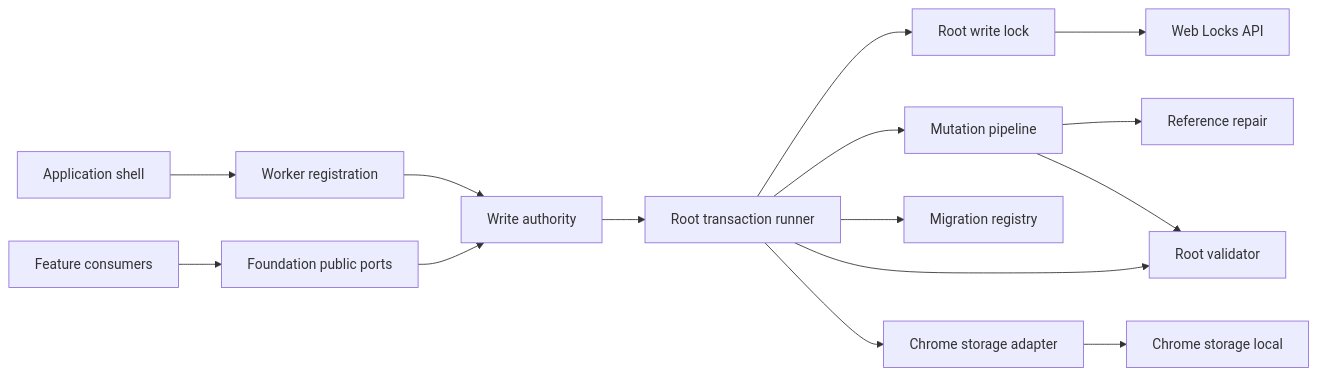
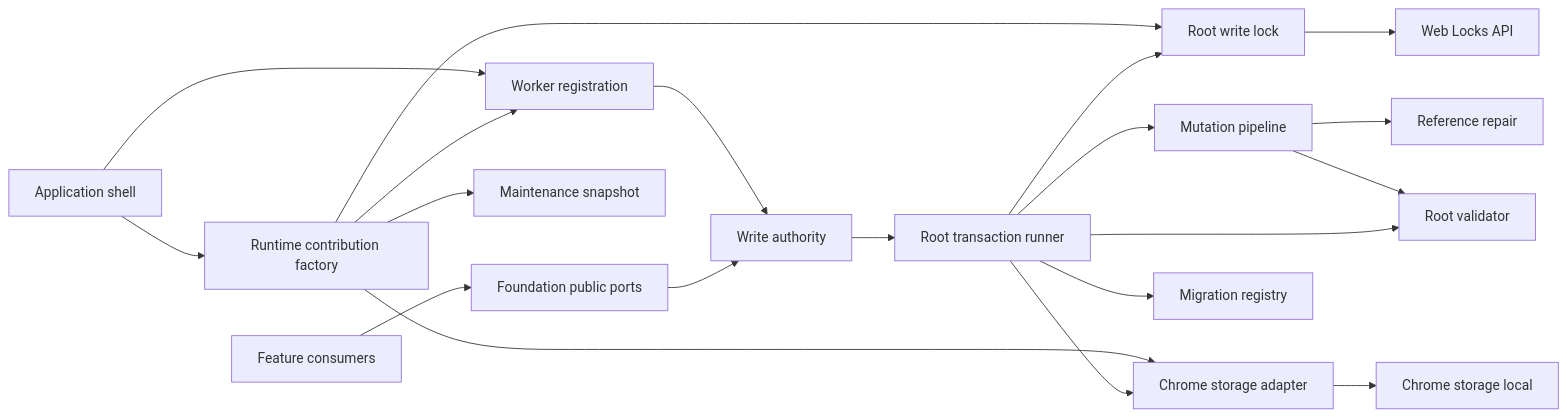
One commit to Huruikagi/pc-build-planner changed the first of 4 diagrams in .kiro/specs/local-data-foundation/design.md. Above: the diagram before and after it, drawn with Mermaid. The commit also changed other lines of this file and 3 other files, not shown here.

Commit message:
docs(spec): add foundation runtime contribution plan

````diff
--- a/.kiro/specs/local-data-foundation/design.md
+++ b/.kiro/specs/local-data-foundation/design.md
@@ -58,17 +61,22 @@
 ```mermaid
 graph LR
     Feature[Feature consumers] --> Ports[Foundation public ports]
     Shell[Application shell] --> Registration[Worker registration]
+    Shell --> Factory[Runtime contribution factory]
+    Factory --> Registration
+    Factory --> Snapshot[Maintenance snapshot]
+    Factory --> Adapter
+    Factory --> Lock
     Registration --> Authority[Write authority]
     Ports --> Authority
     Authority --> Runner[Root transaction runner]
     Runner --> Lock[Root write lock]
     Runner --> Mutation[Mutation pipeline]
     Mutation --> Repair[Reference repair]
     Mutation --> Validator[Root validator]
     Runner --> Migration[Migration registry]
     Runner --> Validator
     Runner --> Adapter[Chrome storage adapter]
     Lock --> WebLocks[Web Locks API]
     Adapter --> Storage[Chrome storage local]
 ```
````
